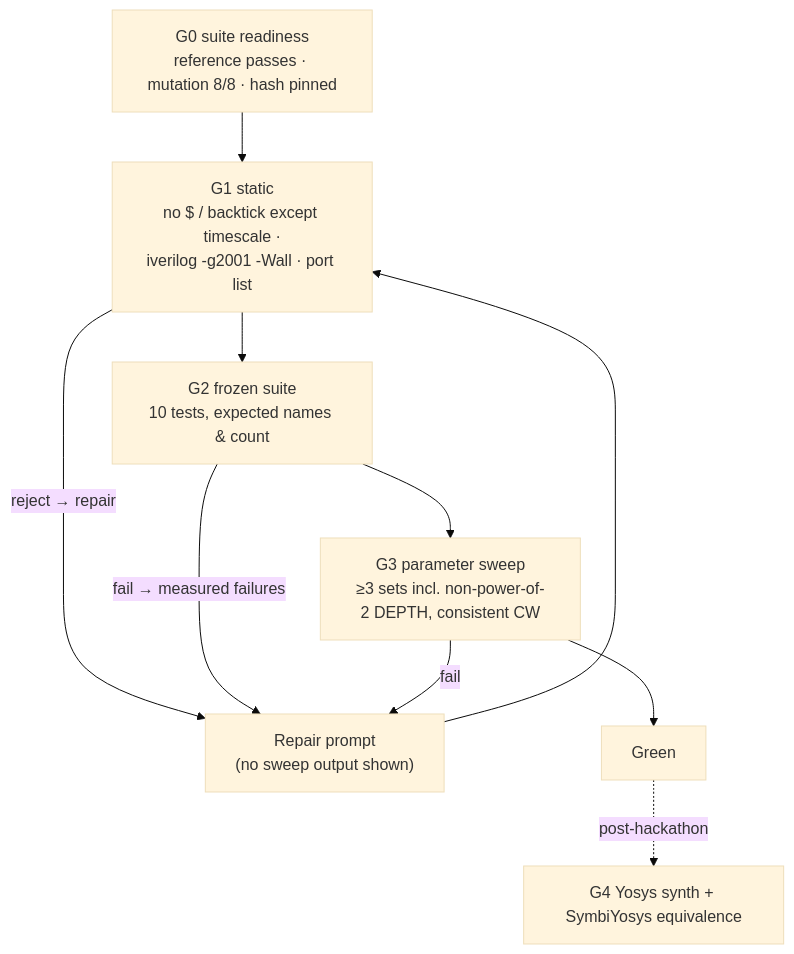
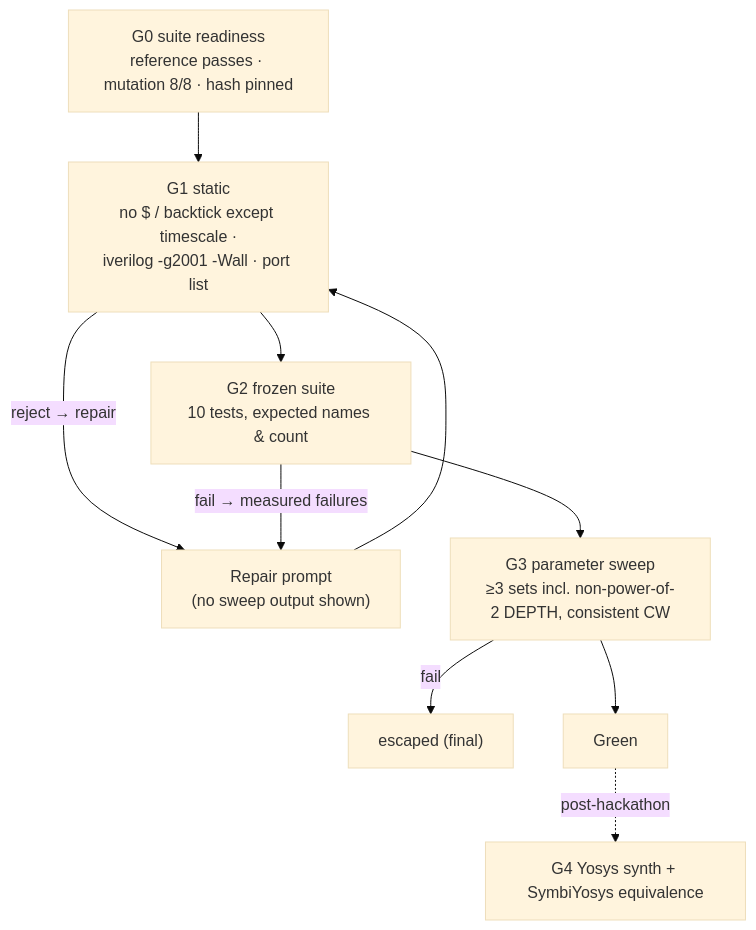
The fifth of 5 diagrams in docs/architecture/02-target-system-architecture.md (GLAZERadr/DaVINCI-Silicon), drawn with Mermaid (base theme) before and after one commit. The commit also changed other lines of this file and 3 other files, not shown here.

````diff
--- a/docs/architecture/02-target-system-architecture.md
+++ b/docs/architecture/02-target-system-architecture.md
@@ -161,12 +161,12 @@
 ```mermaid
 flowchart TB
   G0["G0 suite readiness<br/>reference passes · mutation 8/8 · hash pinned"] --> G1
   G1["G1 static<br/>no $ / backtick except timescale ·<br/>iverilog -g2001 -Wall · port list"] -->|reject → repair| FB
   G1 --> G2["G2 frozen suite<br/>10 tests, expected names & count"]
   G2 -->|fail → measured failures| FB["Repair prompt<br/>(no sweep output shown)"]
   G2 --> G3["G3 parameter sweep<br/>≥3 sets incl. non-power-of-2 DEPTH, consistent CW"]
-  G3 -->|fail| FB
+  G3 -->|fail| ESC["escaped (final)"]
   G3 --> GR["Green"]
   FB --> G1
   GR -.post-hackathon.-> G4["G4 Yosys synth + SymbiYosys equivalence"]
 ```
````
